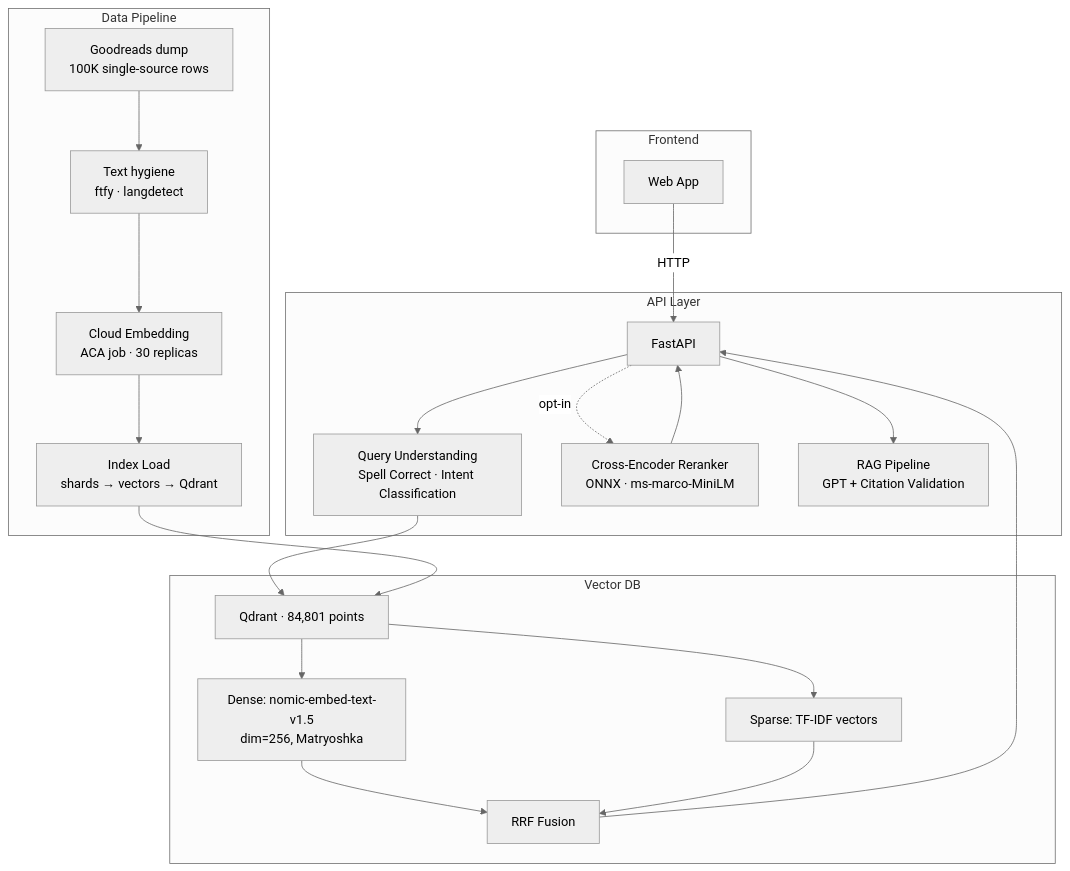
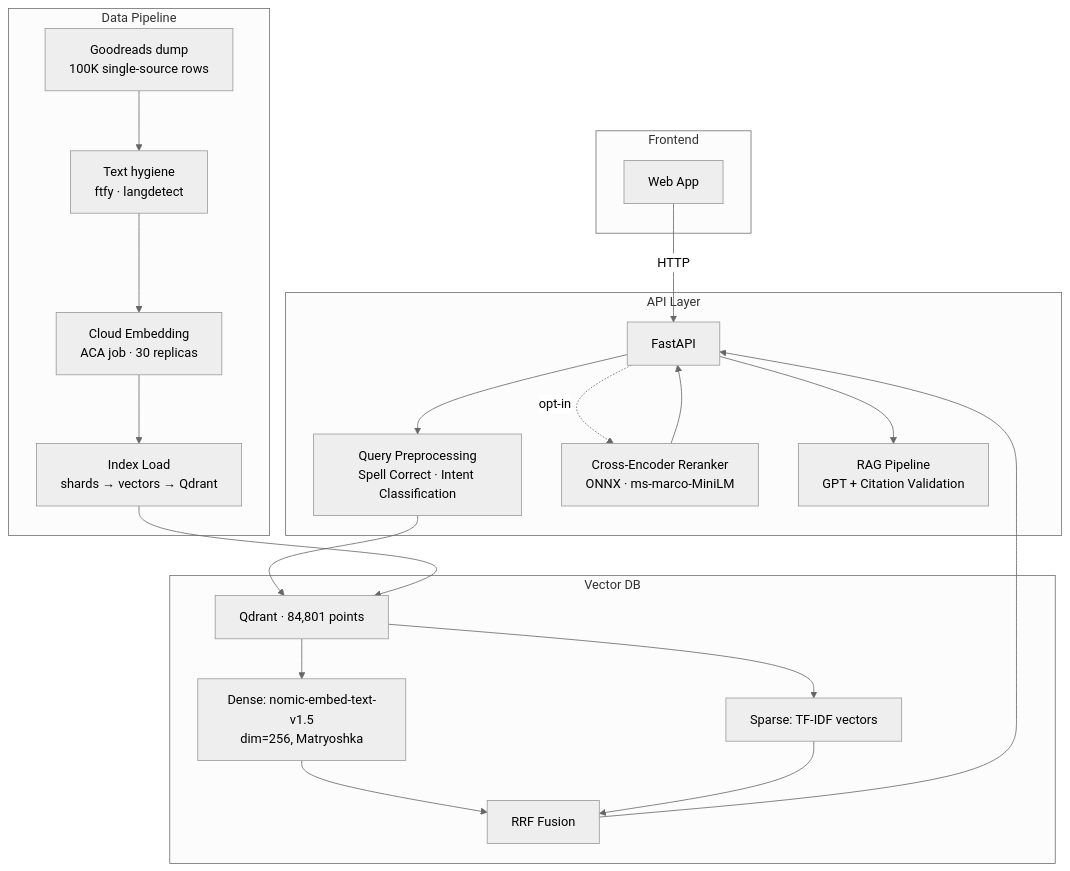
Before and after one commit to TruaShamu/ai-search: the first of 4 diagrams in README.md, drawn with Mermaid (neutral theme). The commit also changed other lines of this file, not shown here.

First line of the commit message:
docs: rename query understanding to preprocessing

````diff
--- a/README.md
+++ b/README.md
@@ -13,36 +13,36 @@
 ```mermaid
 graph TD
     subgraph Frontend
         UI[Web App]
     end
 
     subgraph API Layer
         FP[FastAPI]
-        QU[Query Understanding<br/>Spell Correct · Intent Classification]
+        QU[Query Preprocessing<br/>Spell Correct · Intent Classification]
         RR[Cross-Encoder Reranker<br/>ONNX · ms-marco-MiniLM]
         RAG[RAG Pipeline<br/>GPT + Citation Validation]
     end
 
     subgraph Vector DB
         QD[Qdrant · 84,801 points]
         DV[Dense: nomic-embed-text-v1.5<br/>dim=256, Matryoshka]
         SV[Sparse: TF-IDF vectors]
         RRF[RRF Fusion]
     end
 
     subgraph Data Pipeline
         GR[Goodreads dump<br/>100K single-source rows]
         HY[Text hygiene<br/>ftfy · langdetect]
         EMB[Cloud Embedding<br/>ACA job · 30 replicas]
         MIG[Index Load<br/>shards → vectors → Qdrant]
     end
 
     UI -->|HTTP| FP
     FP --> QU --> QD
     QD --> DV & SV
     DV & SV --> RRF --> FP
     FP -.->|opt-in| RR --> FP
     FP --> RAG
 
     GR --> HY --> EMB --> MIG --> QD
 ```
````
